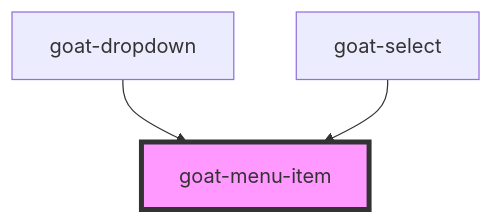
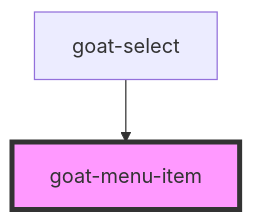
The diagram in src/components/menu/menu-item/readme.md (goatui/components), drawn with Mermaid before and after one commit. The commit also changed other lines of this file and 34 other files, not shown here.

````diff
--- a/src/components/menu/menu-item/readme.md
+++ b/src/components/menu/menu-item/readme.md
@@ -57,6 +56,5 @@
 ```mermaid
 graph TD;
-  goat-dropdown --> goat-menu-item
   goat-select --> goat-menu-item
   style goat-menu-item fill:#f9f,stroke:#333,stroke-width:4px
 ```
````
